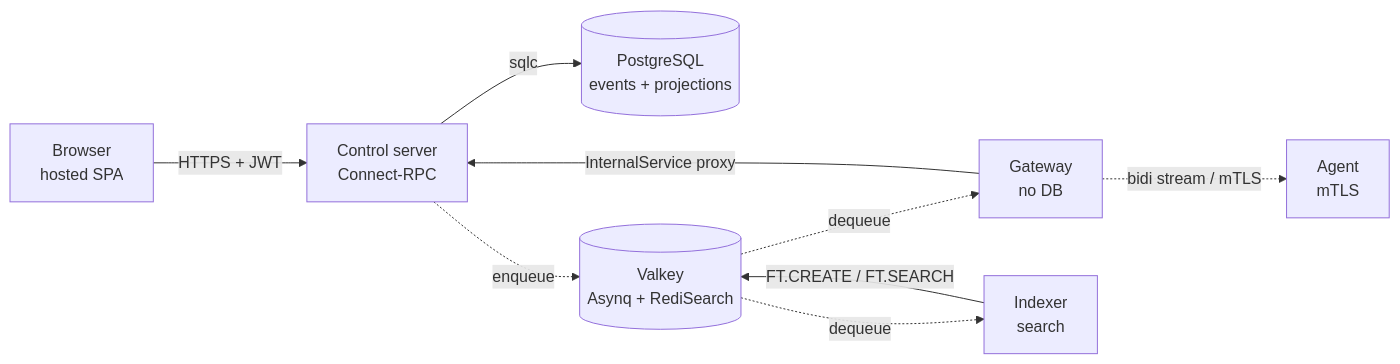
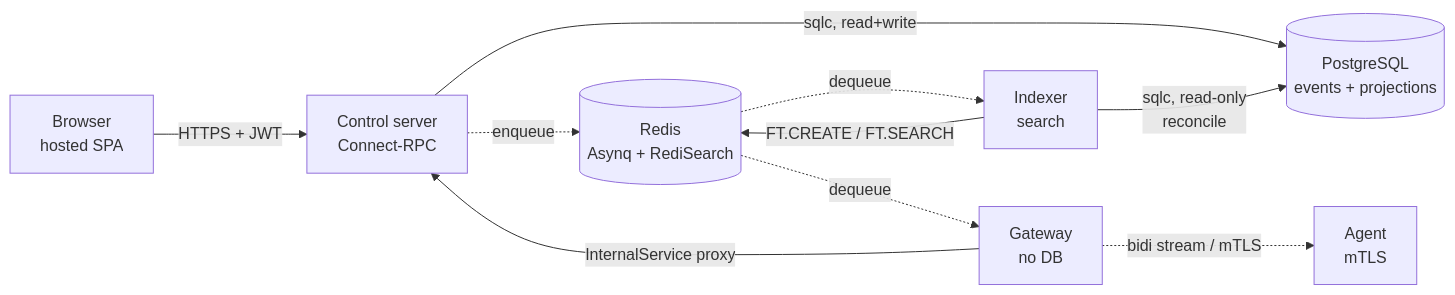
The diagram in src/content/concepts/architecture.md (manchtools/power-manage-docs), drawn with Mermaid before and after one commit. The commit also changed other lines of this file and 8 other files, not shown here.

````diff
--- a/src/content/concepts/architecture.md
+++ b/src/content/concepts/architecture.md
@@ -5,11 +5,12 @@
 ```mermaid
 flowchart LR
     Web[Browser<br/>hosted SPA] -->|HTTPS + JWT| Control[Control server<br/>Connect-RPC]
-    Control -->|sqlc| PG[(PostgreSQL<br/>events + projections)]
-    Control -.->|enqueue| Valkey[(Valkey<br/>Asynq + RediSearch)]
-    Valkey -.->|dequeue| Gateway[Gateway<br/>no DB]
-    Valkey -.->|dequeue| Indexer[Indexer<br/>search]
+    Control -->|sqlc, read+write| PG[(PostgreSQL<br/>events + projections)]
+    Control -.->|enqueue| Redis[(Redis<br/>Asynq + RediSearch)]
+    Redis -.->|dequeue| Gateway[Gateway<br/>no DB]
+    Redis -.->|dequeue| Indexer[Indexer<br/>search]
+    Indexer -->|sqlc, read-only<br/>reconcile| PG
     Gateway -.->|bidi stream / mTLS| Agent[Agent<br/>mTLS]
     Gateway -->|InternalService proxy| Control
-    Indexer -->|FT.CREATE / FT.SEARCH| Valkey
+    Indexer -->|FT.CREATE / FT.SEARCH| Redis
 ```
````
